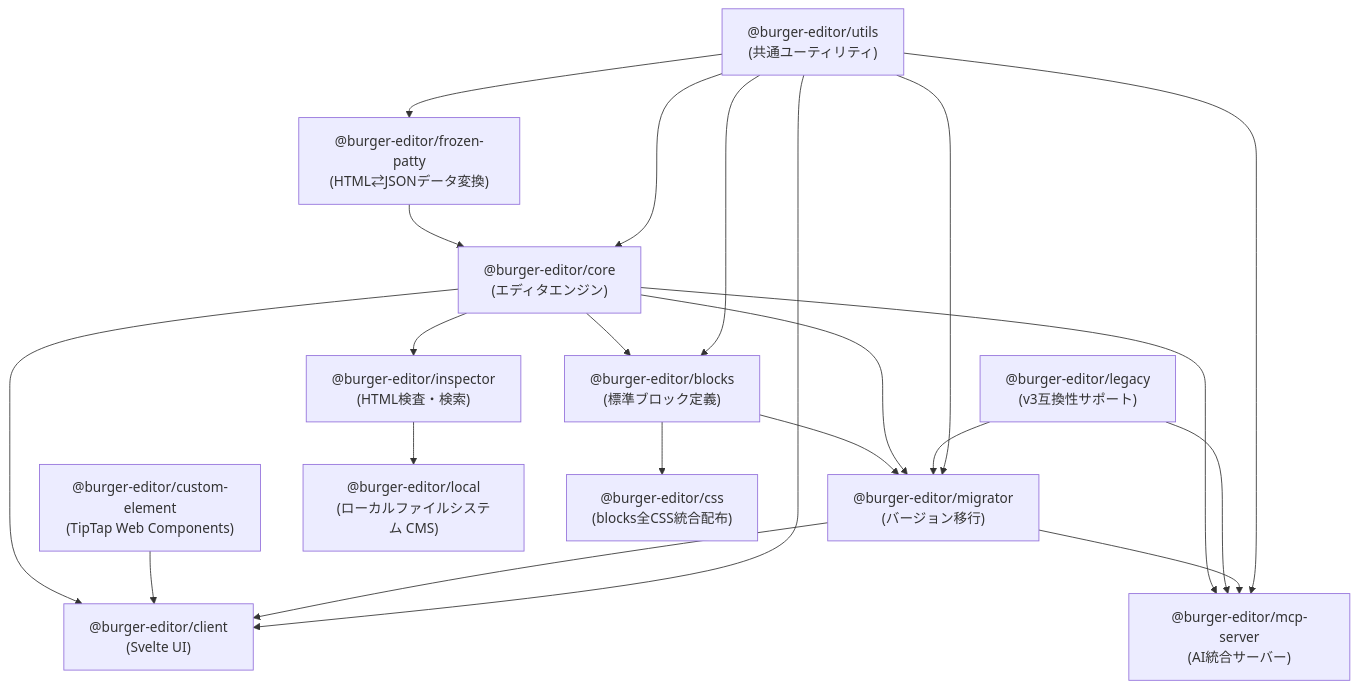
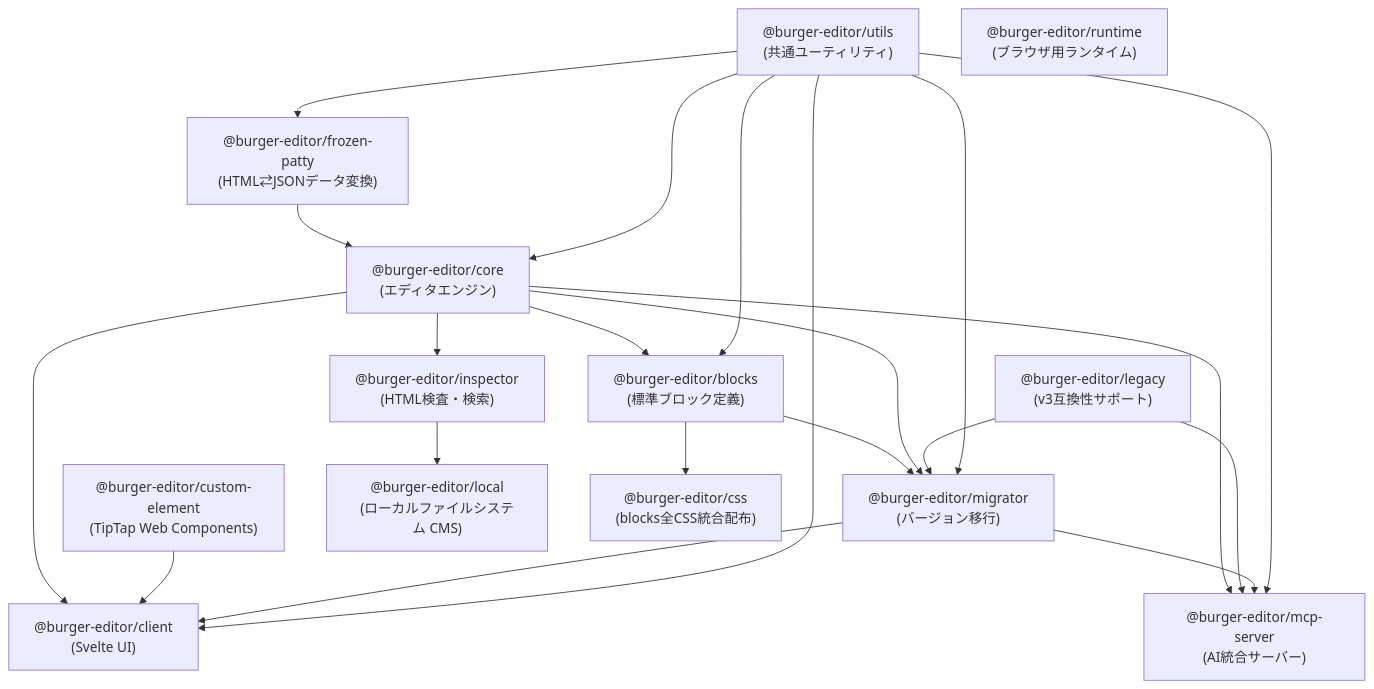
Before and after one commit to d-zero-dev/BurgerEditor: the diagram in ARCHITECTURE.md, drawn with Mermaid. The commit also changed other lines of this file and 1 other file, not shown here.

First line of the commit message:
docs(repo): add @burger-editor/runtime package to documentation

````diff
--- a/ARCHITECTURE.md
+++ b/ARCHITECTURE.md
@@ -9,54 +9,56 @@
 ```mermaid
 graph TD
     utils["@burger-editor/utils<br/>(共通ユーティリティ)"]
     frozen["@burger-editor/frozen-patty<br/>(HTML⇄JSONデータ変換)"]
     core["@burger-editor/core<br/>(エディタエンジン)"]
     blocks["@burger-editor/blocks<br/>(標準ブロック定義)"]
     client["@burger-editor/client<br/>(Svelte UI)"]
     custom["@burger-editor/custom-element<br/>(TipTap Web Components)"]
     migrator["@burger-editor/migrator<br/>(バージョン移行)"]
     inspector["@burger-editor/inspector<br/>(HTML検査・検索)"]
     local["@burger-editor/local<br/>(ローカルファイルシステム CMS)"]
     mcp["@burger-editor/mcp-server<br/>(AI統合サーバー)"]
     legacy["@burger-editor/legacy<br/>(v3互換性サポート)"]
     css["@burger-editor/css<br/>(blocks全CSS統合配布)"]
+    runtime["@burger-editor/runtime<br/>(ブラウザ用ランタイム)"]
 
     %% Core dependencies
     utils --> frozen
     frozen --> core
     utils --> core
 
     %% Block dependencies
     core --> blocks
     utils --> blocks
 
     %% CSS distribution
     blocks --> css
 
     %% Client dependencies
     core --> client
     custom --> client
     migrator --> client
     utils --> client
 
     %% Migrator dependencies
     blocks --> migrator
     core --> migrator
     legacy --> migrator
     utils --> migrator
 
     %% Inspector dependencies
     core --> inspector
 
     %% Local dependencies
     inspector --> local
 
     %% MCP Server dependencies
     core --> mcp
     legacy --> mcp
     migrator --> mcp
     utils --> mcp
 
     %% Independent packages
     legacy
+    runtime
 ```
````
